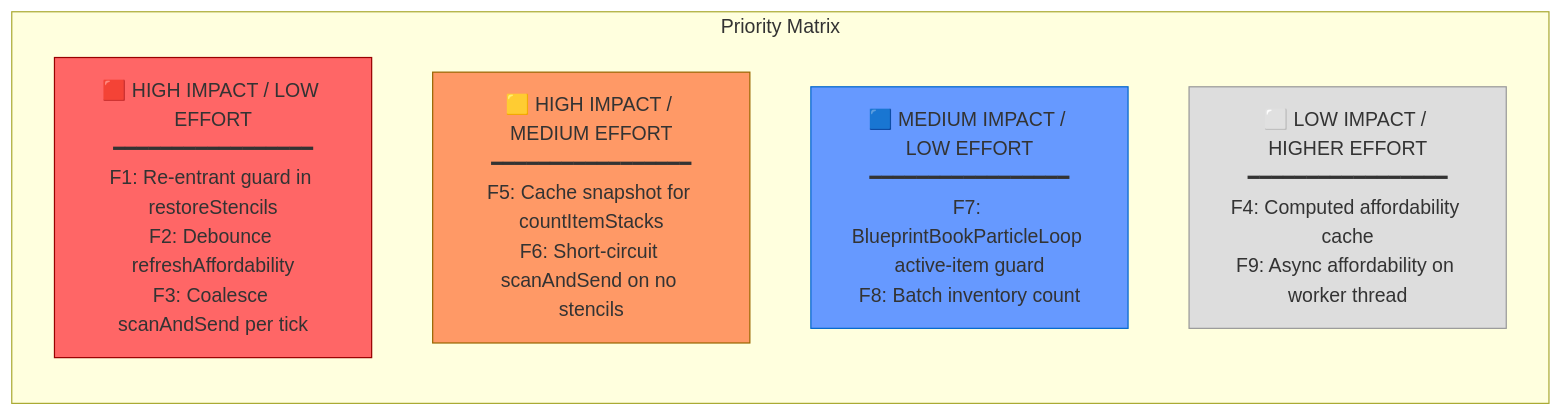
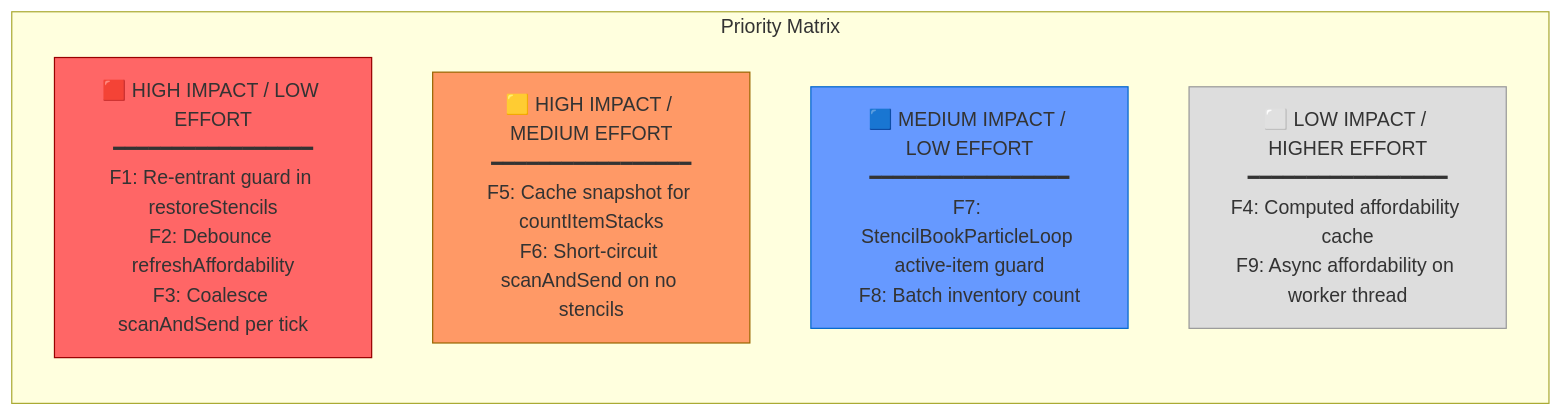
One commit to TheCodeCreature/Hytale-Example-Plugin changed the third of 3 diagrams in docs/review-stencil-event-cascade-performance.md. Above: the diagram before and after it, drawn with Mermaid. The commit also changed other lines of this file and 289 other files, not shown here.

````diff
--- a/docs/review-stencil-event-cascade-performance.md
+++ b/docs/review-stencil-event-cascade-performance.md
@@ -165,15 +165,15 @@
 ```mermaid
 graph LR
     subgraph "Priority Matrix"
         direction TB
         Q1["🟥 HIGH IMPACT / LOW EFFORT<br/>━━━━━━━━━━━━━━━━━<br/>F1: Re-entrant guard in restoreStencils<br/>F2: Debounce refreshAffordability<br/>F3: Coalesce scanAndSend per tick"]
         Q2["🟨 HIGH IMPACT / MEDIUM EFFORT<br/>━━━━━━━━━━━━━━━━━<br/>F5: Cache snapshot for countItemStacks<br/>F6: Short-circuit scanAndSend on no stencils"]
-        Q3["🟦 MEDIUM IMPACT / LOW EFFORT<br/>━━━━━━━━━━━━━━━━━<br/>F7: BlueprintBookParticleLoop active-item guard<br/>F8: Batch inventory count"]
+        Q3["🟦 MEDIUM IMPACT / LOW EFFORT<br/>━━━━━━━━━━━━━━━━━<br/>F7: StencilBookParticleLoop active-item guard<br/>F8: Batch inventory count"]
         Q4["⬜ LOW IMPACT / HIGHER EFFORT<br/>━━━━━━━━━━━━━━━━━<br/>F4: Computed affordability cache<br/>F9: Async affordability on worker thread"]
     end
 
     style Q1 fill:#f66,stroke:#900
     style Q2 fill:#f96,stroke:#960
     style Q3 fill:#69f,stroke:#06c
     style Q4 fill:#ddd,stroke:#999
 ```
````
